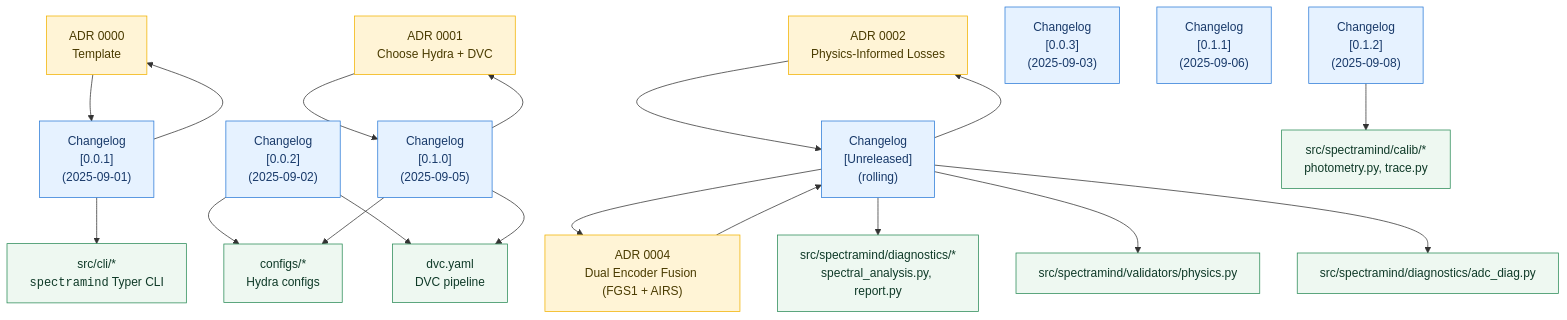
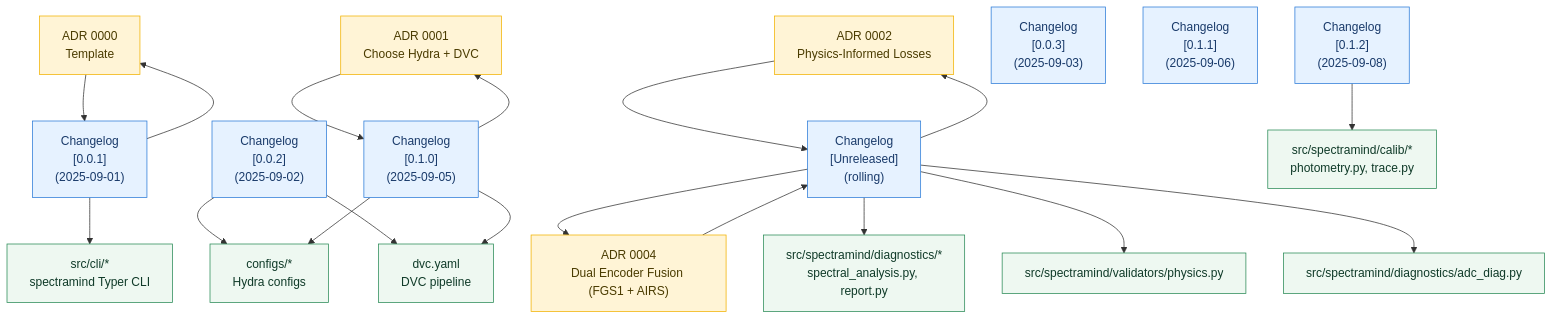
Before and after one commit to bartytime4life/SpectralMindV50: the diagram in assets/diagrams/provenance.mmd, drawn with Mermaid.

Commit message:
Fix formatting in provenance diagram

```diff
--- a/assets/diagrams/provenance.mmd
+++ b/assets/diagrams/provenance.mmd
@@ -1,60 +1,60 @@
 flowchart TD
   %% ==========================
   %% PROVENANCE GRAPH (ADRs ↔ Changelog ↔ Code)
   %% ==========================
 
   %% ADRs
   A0000["ADR 0000<br/>Template"]
   A0001["ADR 0001<br/>Choose Hydra + DVC"]
   A0002["ADR 0002<br/>Physics-Informed Losses"]
   A0004["ADR 0004<br/>Dual Encoder Fusion (FGS1 + AIRS)"]
 
   %% Changelog releases
   C0001["Changelog<br/>[0.0.1]<br/>(2025-09-01)"]
   C0002["Changelog<br/>[0.0.2]<br/>(2025-09-02)"]
   C0003["Changelog<br/>[0.0.3]<br/>(2025-09-03)"]
   C0100["Changelog<br/>[0.1.0]<br/>(2025-09-05)"]
   C0110["Changelog<br/>[0.1.1]<br/>(2025-09-06)"]
   C0120["Changelog<br/>[0.1.2]<br/>(2025-09-08)"]
   CUNREL["Changelog<br/>[Unreleased]<br/>(rolling)"]
 
   %% Code modules (representative anchors)
-  M_CLI["src/cli/*<br/><code>spectramind</code> Typer CLI"]
+  M_CLI["src/cli/*<br/>spectramind Typer CLI"]
   M_CFG["configs/*<br/>Hydra configs"]
   M_DVC["dvc.yaml<br/>DVC pipeline"]
   M_CALIB["src/spectramind/calib/*<br/>photometry.py, trace.py"]
   M_DIAG["src/spectramind/diagnostics/*<br/>spectral_analysis.py, report.py"]
   M_VALID["src/spectramind/validators/physics.py"]
   M_ADC["src/spectramind/diagnostics/adc_diag.py"]
 
   %% ADR -> Changelog (decision implemented)
   A0000 --> C0001
   A0001 --> C0100
   A0002 --> CUNREL
   A0004 --> CUNREL
 
   %% Changelog -> ADR (bi-directional provenance)
   C0001 --> A0000
   C0100 --> A0001
   CUNREL --> A0002
   CUNREL --> A0004
 
   %% Changelog -> Code (what landed where)
   C0001 --> M_CLI
   C0002 --> M_CFG
   C0002 --> M_DVC
   C0100 --> M_CFG
   C0100 --> M_DVC
   C0120 --> M_CALIB
   CUNREL --> M_DIAG
   CUNREL --> M_VALID
   CUNREL --> M_ADC
 
   %% Styling
   classDef adr fill:#fff4d6,stroke:#f2b200,stroke-width:1px,color:#4a3b00;
-  classDef cl fill:#e6f2ff,stroke:#2b7bd8,stroke-width:1px,color:#193a6a;
+  classDef cl  fill:#e6f2ff,stroke:#2b7bd8,stroke-width:1px,color:#193a6a;
   classDef mod fill:#eef8f1,stroke:#2a8b57,stroke-width:1px,color:#0f3a28;
 
   class A0000,A0001,A0002,A0004 adr;
   class C0001,C0002,C0003,C0100,C0110,C0120,CUNREL cl;
   class M_CLI,M_CFG,M_DVC,M_CALIB,M_DIAG,M_VALID,M_ADC mod;
```
